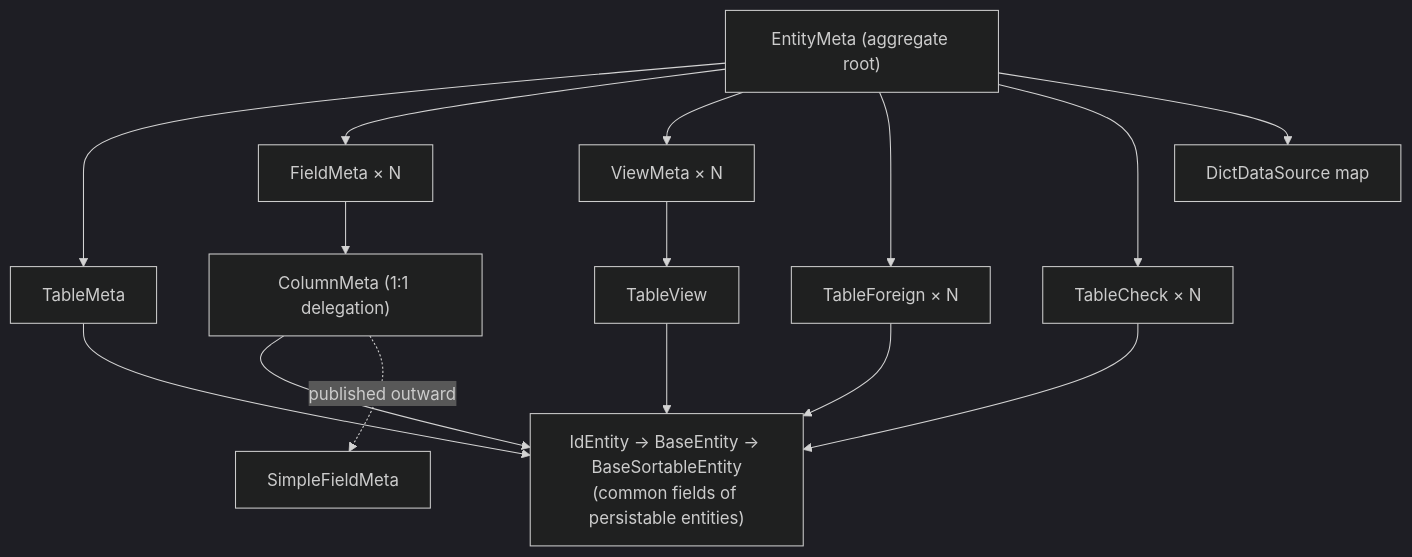
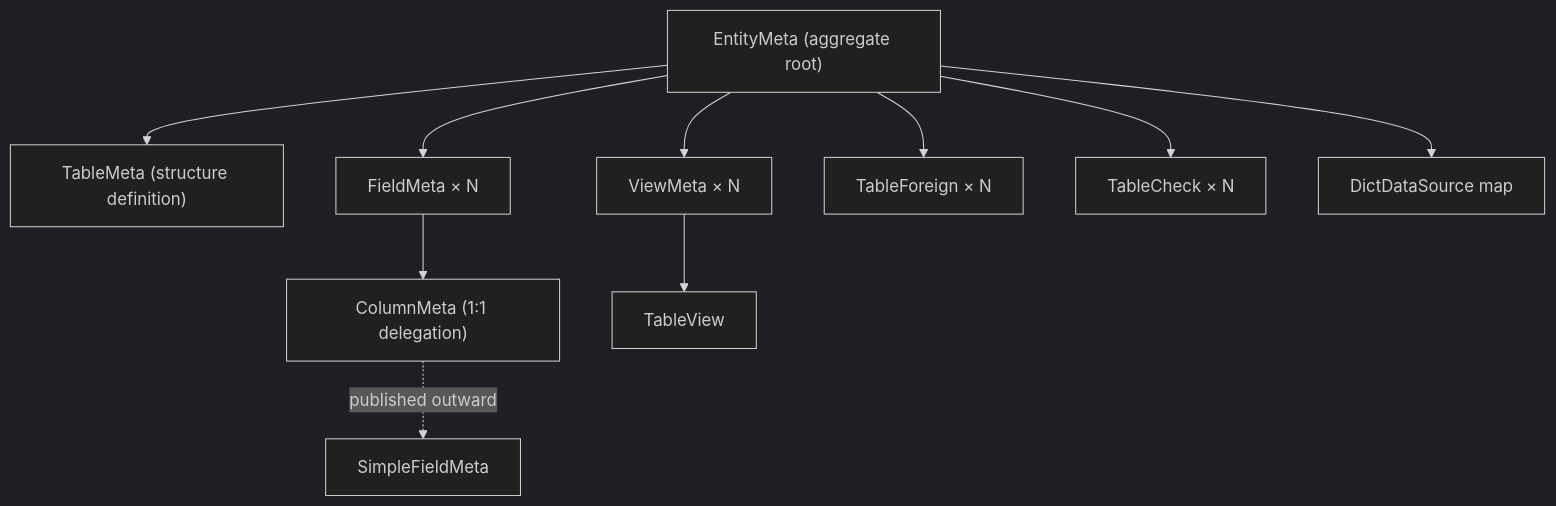
One commit to geelato-projects/geelato-community-backend changed the diagram in website/i18n/en/docusaurus-plugin-content-docs/current/metadata/model.md. Above: the diagram before and after it, drawn with Mermaid (dark theme). The commit also changed other lines of this file and 42 other files, not shown here.

````diff
--- a/website/i18n/en/docusaurus-plugin-content-docs/current/metadata/model.md
+++ b/website/i18n/en/docusaurus-plugin-content-docs/current/metadata/model.md
@@ -12,12 +14,11 @@
 ```mermaid
 flowchart TB
-    EM["EntityMeta (aggregate root)"] --> TM["TableMeta"]
+    EM["EntityMeta (aggregate root)"] --> TM["TableMeta (structure definition)"]
     EM --> FM["FieldMeta × N"]
     FM --> CM["ColumnMeta (1:1 delegation)"]
     EM --> VM["ViewMeta × N"] --> TV["TableView"]
     EM --> TF["TableForeign × N"]
     EM --> TC["TableCheck × N"]
     EM --> DDS["DictDataSource map"]
-    TM & CM & TV & TF & TC --> BASE["IdEntity → BaseEntity → BaseSortableEntity<br/>(common fields of persistable entities)"]
     CM -.->|"published outward"| SFM["SimpleFieldMeta"]
 ```
````
